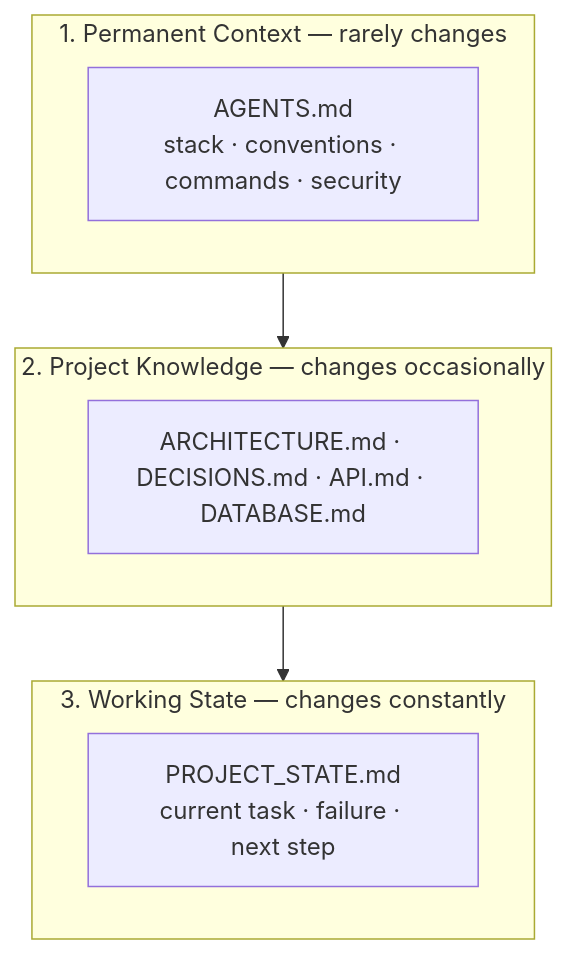
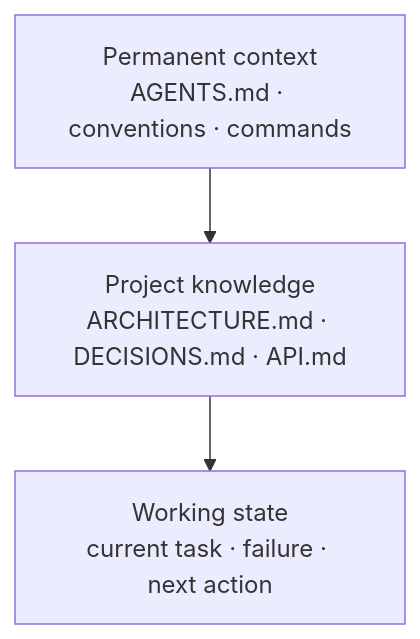
One commit to ayushman-glb/ai-engineering-playbook changed the ninth of 32 diagrams in Ai_optimization_guide.md. Above: the diagram before and after it, drawn with Mermaid. The commit also changed other lines of this file, not shown here.

````diff
--- a/Ai_optimization_guide.md
+++ b/Ai_optimization_guide.md
@@ -384,13 +624,4 @@
 ```mermaid
 flowchart TD
-    subgraph T1["1. Permanent Context — rarely changes"]
-        A1[AGENTS.md<br/>stack · conventions · commands · security]
-    end
-    subgraph T2["2. Project Knowledge — changes occasionally"]
-        A2[ARCHITECTURE.md · DECISIONS.md · API.md · DATABASE.md]
-    end
-    subgraph T3["3. Working State — changes constantly"]
-        A3[PROJECT_STATE.md<br/>current task · failure · next step]
-    end
-    T1 --> T2 --> T3
+    T1["Permanent context<br/>AGENTS.md · conventions · commands"] --> T2["Project knowledge<br/>ARCHITECTURE.md · DECISIONS.md · API.md"] --> T3["Working state<br/>current task · failure · next action"]
 ```
````
